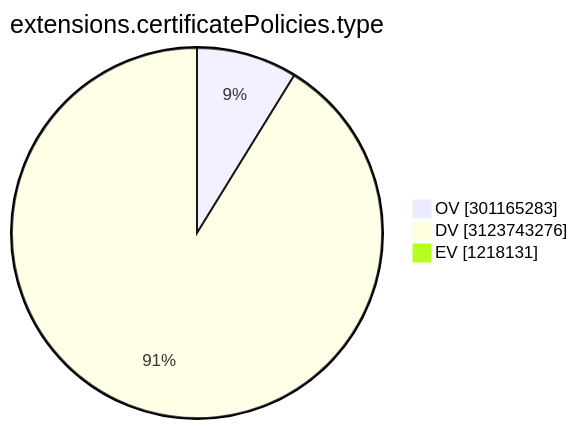
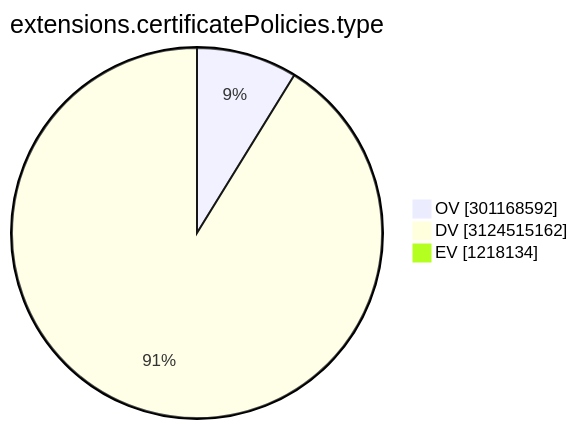
One commit to christiankrug/ctmonitor_visualization changed the ninth of 15 diagrams in TOTAL/README.md. Above: the diagram before and after it, drawn with Mermaid. The commit also changed other lines of this file, not shown here.

````diff
--- a/TOTAL/README.md
+++ b/TOTAL/README.md
@@ -3104,7 +3104,7 @@
 ```mermaid
 pie showData
 title extensions.certificatePolicies.type
-"OV" :301165283
-"DV" :3123743276
-"EV" :1218131
+"OV" :301168592
+"DV" :3124515162
+"EV" :1218134
 ```
````
